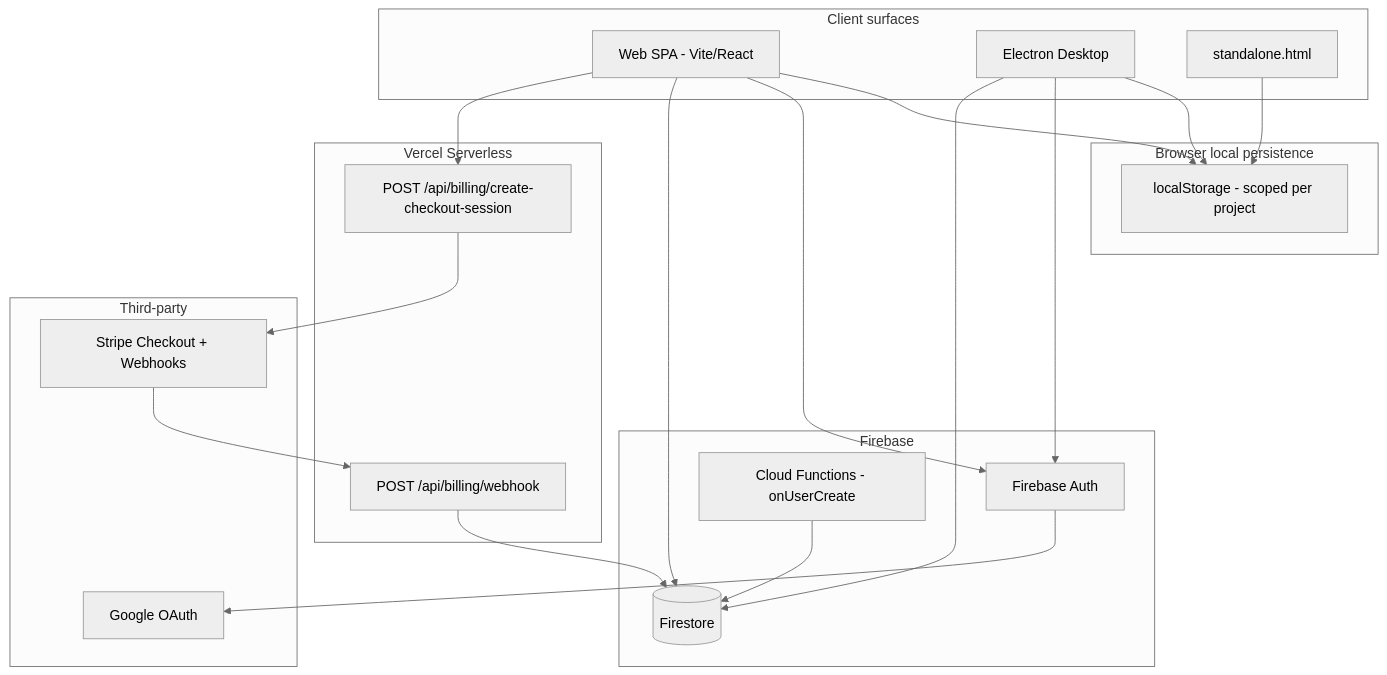
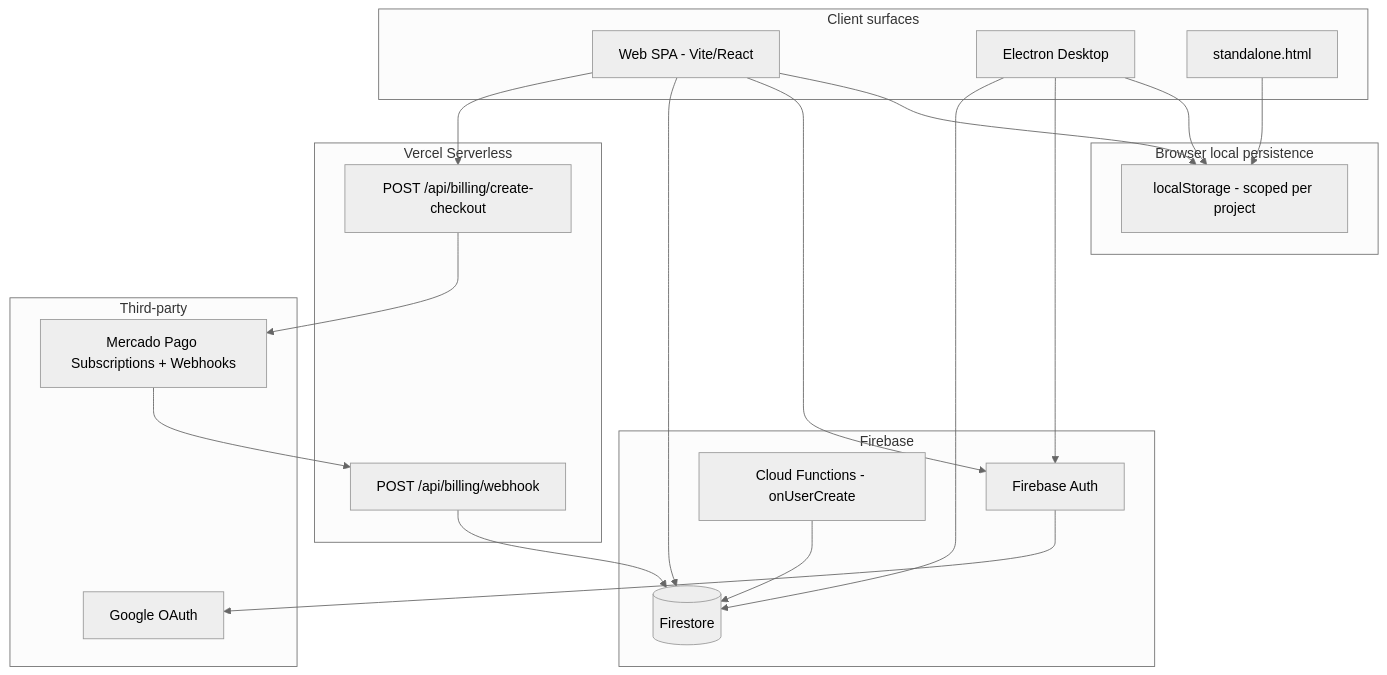
The first of 2 diagrams in Curv_APP/docs/PROJECT_STATUS.md (arquitecturacurva-sudo/MUArq), drawn with Mermaid (neutral theme) before and after one commit. The commit also changed other lines of this file, not shown here.

Commit message:
Update project status after Mercado Pago deploy

````diff
--- a/Curv_APP/docs/PROJECT_STATUS.md
+++ b/Curv_APP/docs/PROJECT_STATUS.md
@@ -31,45 +39,45 @@
 ```mermaid
 flowchart TB
   subgraph clients [Client surfaces]
     Web[Web SPA - Vite/React]
     Desktop[Electron Desktop]
     Standalone[standalone.html]
   end
 
   subgraph local [Browser local persistence]
     LS[localStorage - scoped per project]
   end
 
   subgraph firebase [Firebase]
     Auth[Firebase Auth]
     FS[(Firestore)]
     CF[Cloud Functions - onUserCreate]
   end
 
   subgraph vercel [Vercel Serverless]
-    Checkout[POST /api/billing/create-checkout-session]
+    Checkout[POST /api/billing/create-checkout]
     Webhook[POST /api/billing/webhook]
   end
 
   subgraph external [Third-party]
-    Stripe[Stripe Checkout + Webhooks]
+    MP[Mercado Pago Subscriptions + Webhooks]
     Google[Google OAuth]
   end
 
   Web --> LS
   Desktop --> LS
   Standalone --> LS
 
   Web --> Auth
   Web --> FS
   Desktop --> Auth
   Desktop --> FS
 
   Web --> Checkout
-  Checkout --> Stripe
-  Stripe --> Webhook
+  Checkout --> MP
+  MP --> Webhook
   Webhook --> FS
 
   Auth --> Google
   CF --> FS
 ```
````
